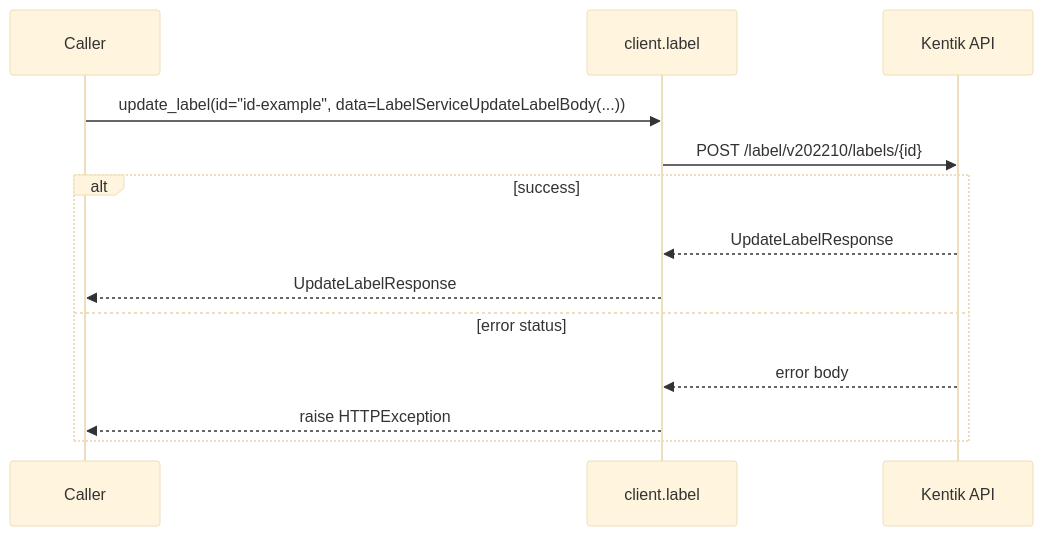
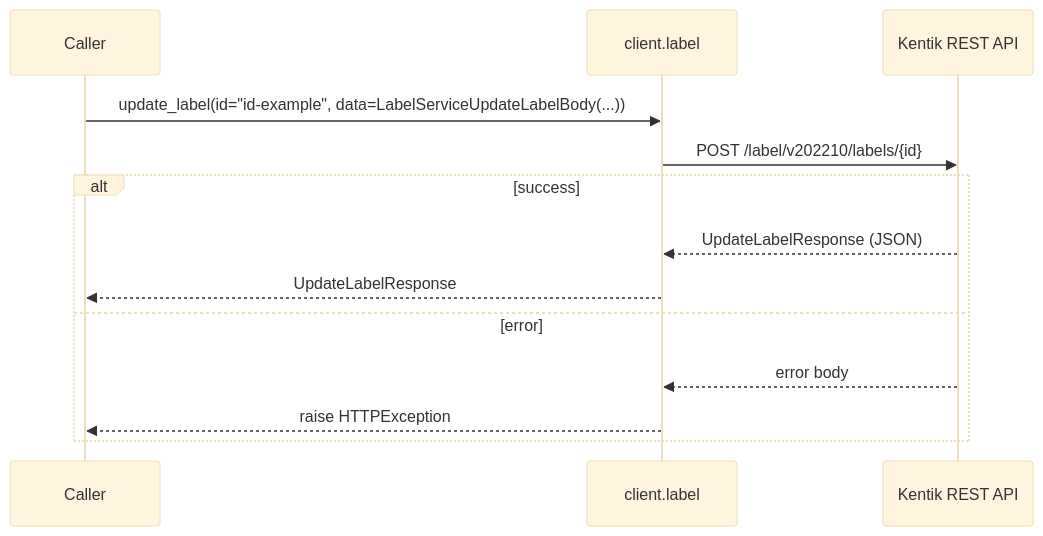
Before and after one commit to alexdearaujo/community_sdk_python: the sixth of 10 diagrams in docs/sphinx/services/label.md, drawn with Mermaid (base theme). The commit also changed other lines of this file and 61 other files, not shown here.

````diff
--- a/docs/sphinx/services/label.md
+++ b/docs/sphinx/services/label.md
@@ -125,16 +177,16 @@
 ```mermaid
 sequenceDiagram
     participant C as Caller
     participant W as client.label
-    participant API as Kentik API
+    participant API as Kentik REST API
 
     C->>W: update_label(id="id-example", data=LabelServiceUpdateLabelBody(...))
     W->>API: POST /label/v202210/labels/{id}
     alt success
-        API-->>W: UpdateLabelResponse
+        API-->>W: UpdateLabelResponse (JSON)
         W-->>C: UpdateLabelResponse
-    else error status
+    else error
         API-->>W: error body
         W-->>C: raise HTTPException
     end
 ```
````
